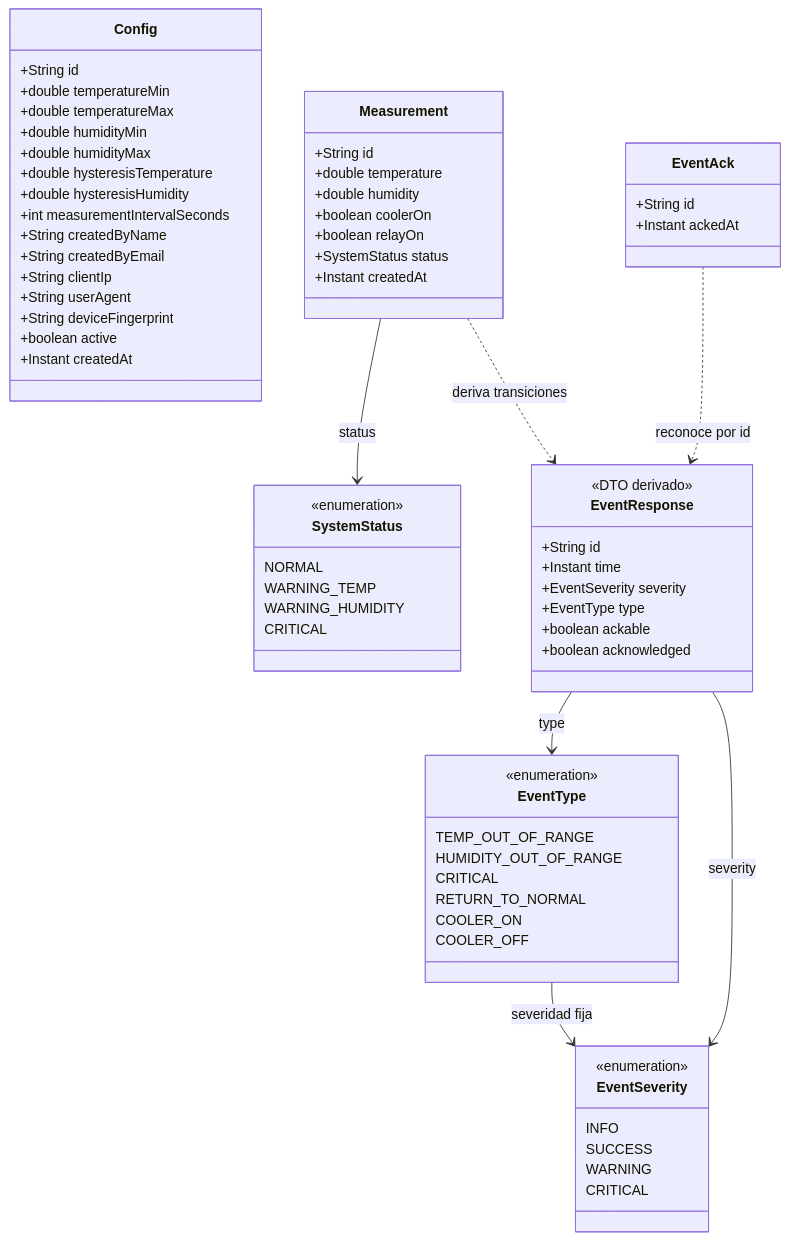
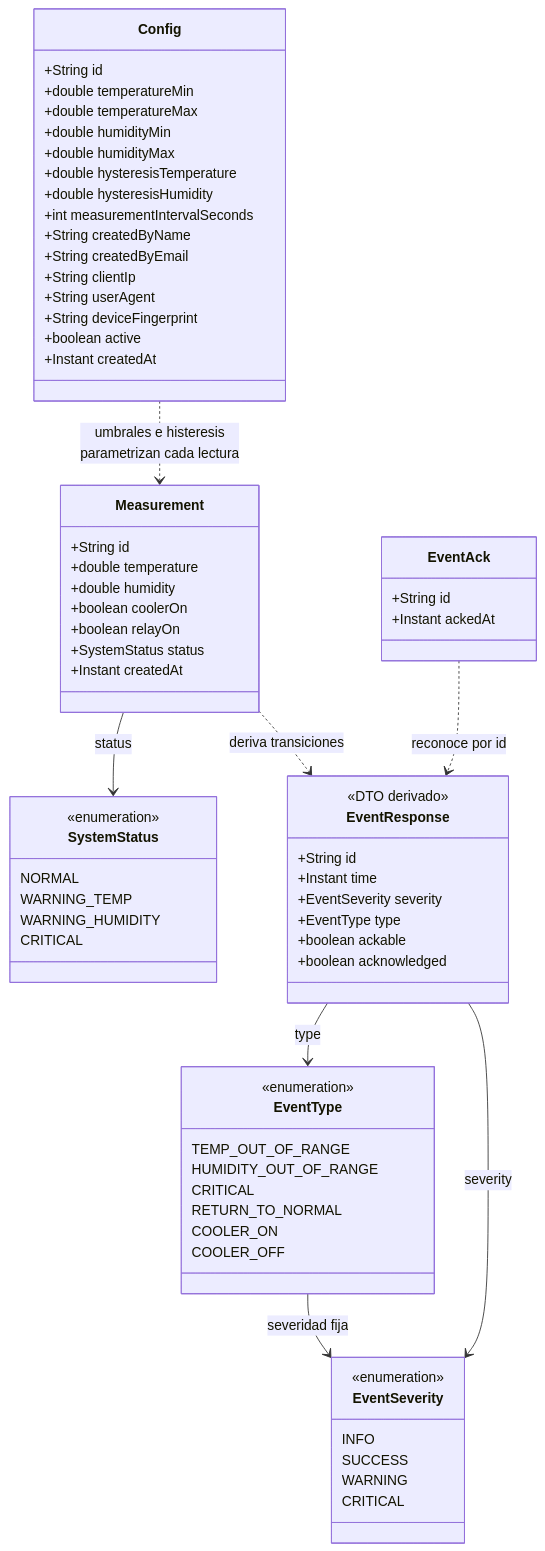
Before and after one commit to andinogabriel/plc-control-backend: the tenth of 11 diagrams in README.md, drawn with Mermaid. The commit also changed other lines of this file, not shown here.

Commit message:
docs(readme): relate Config to Measurement in data-model UML (logical parametrization)

````diff
--- a/README.md
+++ b/README.md
@@ -481,72 +481,73 @@
 ```mermaid
 classDiagram
     class Config {
         +String id
         +double temperatureMin
         +double temperatureMax
         +double humidityMin
         +double humidityMax
         +double hysteresisTemperature
         +double hysteresisHumidity
         +int measurementIntervalSeconds
         +String createdByName
         +String createdByEmail
         +String clientIp
         +String userAgent
         +String deviceFingerprint
         +boolean active
         +Instant createdAt
     }
     class Measurement {
         +String id
         +double temperature
         +double humidity
         +boolean coolerOn
         +boolean relayOn
         +SystemStatus status
         +Instant createdAt
     }
     class EventAck {
         +String id
         +Instant ackedAt
     }
     class EventResponse {
         <<DTO derivado>>
         +String id
         +Instant time
         +EventSeverity severity
         +EventType type
         +boolean ackable
         +boolean acknowledged
     }
     class SystemStatus {
         <<enumeration>>
         NORMAL
         WARNING_TEMP
         WARNING_HUMIDITY
         CRITICAL
     }
     class EventType {
         <<enumeration>>
         TEMP_OUT_OF_RANGE
         HUMIDITY_OUT_OF_RANGE
         CRITICAL
         RETURN_TO_NORMAL
         COOLER_ON
         COOLER_OFF
     }
     class EventSeverity {
         <<enumeration>>
         INFO
         SUCCESS
         WARNING
         CRITICAL
     }
 
+    Config ..> Measurement : umbrales e histeresis<br/>parametrizan cada lectura
     Measurement --> SystemStatus : status
     Measurement ..> EventResponse : deriva transiciones
     EventAck ..> EventResponse : reconoce por id
     EventResponse --> EventType : type
     EventResponse --> EventSeverity : severity
     EventType --> EventSeverity : severidad fija
 ```
````
